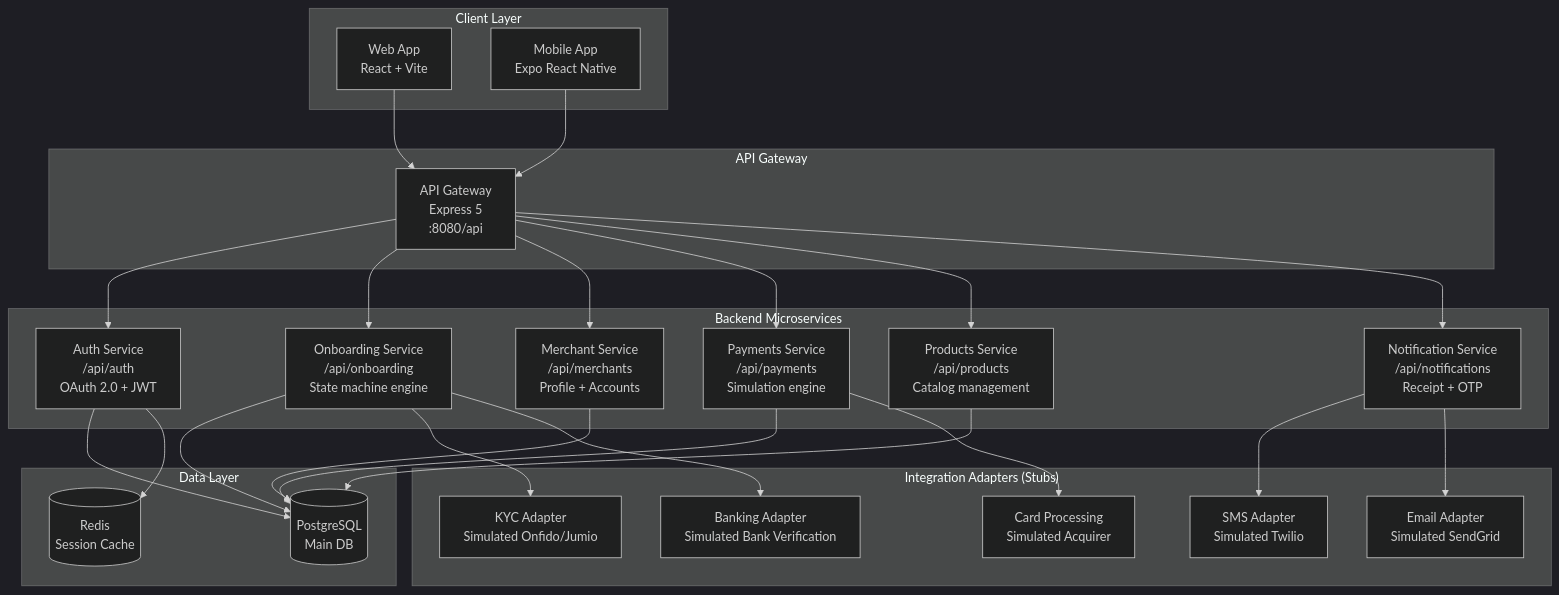
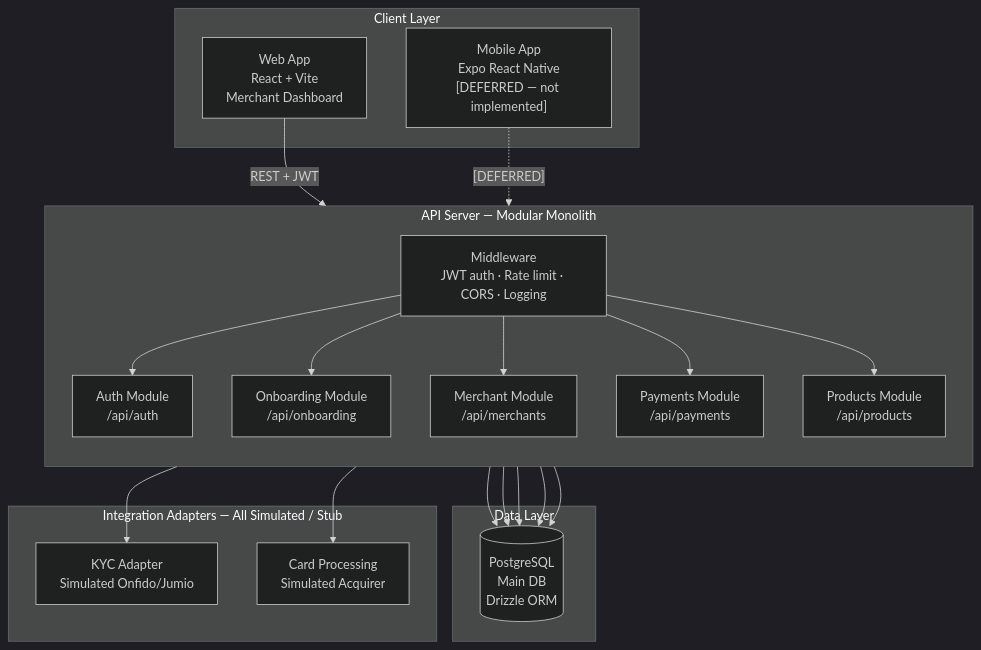
One commit to slavasolodkiy/SumUp changed the first of 4 diagrams in docs/architecture/architecture-diagram.md. Above: the diagram before and after it, drawn with Mermaid (dark theme). The commit also changed other lines of this file and 8 other files, not shown here.

````diff
--- a/docs/architecture/architecture-diagram.md
+++ b/docs/architecture/architecture-diagram.md
@@ -13,54 +15,42 @@
 ```mermaid
 graph TB
     subgraph "Client Layer"
-        WEB[Web App<br/>React + Vite]
-        MOB[Mobile App<br/>Expo React Native]
+        WEB[Web App<br/>React + Vite<br/>Merchant Dashboard]
+        MOB["Mobile App<br/>Expo React Native<br/>[DEFERRED — not implemented]"]
     end
 
-    subgraph "API Gateway"
-        GW[API Gateway<br/>Express 5<br/>:8080/api]
-    end
-
-    subgraph "Backend Microservices"
-        AUTH[Auth Service<br/>/api/auth<br/>OAuth 2.0 + JWT]
-        ONBOARD[Onboarding Service<br/>/api/onboarding<br/>State machine engine]
-        MERCHANT[Merchant Service<br/>/api/merchants<br/>Profile + Accounts]
-        PAYMENT[Payments Service<br/>/api/payments<br/>Simulation engine]
-        PRODUCTS[Products Service<br/>/api/products<br/>Catalog management]
-        NOTIFY[Notification Service<br/>/api/notifications<br/>Receipt + OTP]
+    subgraph "API Server — Modular Monolith"
+        direction TB
+        MW[Middleware<br/>JWT auth · Rate limit · CORS · Logging]
+        AUTH[Auth Module<br/>/api/auth]
+        ONBOARD[Onboarding Module<br/>/api/onboarding]
+        MERCHANT[Merchant Module<br/>/api/merchants]
+        PAYMENT[Payments Module<br/>/api/payments]
+        PRODUCTS[Products Module<br/>/api/products]
     end
 
     subgraph "Data Layer"
-        PG[(PostgreSQL<br/>Main DB)]
-        REDIS[(Redis<br/>Session Cache)]
+        PG[(PostgreSQL<br/>Main DB<br/>Drizzle ORM)]
     end
 
-    subgraph "Integration Adapters (Stubs)"
+    subgraph "Integration Adapters — All Simulated / Stub"
         KYC[KYC Adapter<br/>Simulated Onfido/Jumio]
         CARD[Card Processing<br/>Simulated Acquirer]
-        SMS[SMS Adapter<br/>Simulated Twilio]
-        EMAIL[Email Adapter<br/>Simulated SendGrid]
-        BANKING[Banking Adapter<br/>Simulated Bank Verification]
     end
 
-    WEB --> GW
-    MOB --> GW
-    GW --> AUTH
-    GW --> ONBOARD
-    GW --> MERCHANT
-    GW --> PAYMENT
-    GW --> PRODUCTS
-    GW --> NOTIFY
+    WEB -->|REST + JWT| MW
+    MOB -.->|"[DEFERRED]"| MW
+    MW --> AUTH
+    MW --> ONBOARD
+    MW --> MERCHANT
+    MW --> PAYMENT
+    MW --> PRODUCTS
 
     AUTH --> PG
-    AUTH --> REDIS
     ONBOARD --> PG
     ONBOARD --> KYC
     MERCHANT --> PG
     PAYMENT --> PG
     PAYMENT --> CARD
     PRODUCTS --> PG
-    NOTIFY --> SMS
-    NOTIFY --> EMAIL
-    ONBOARD --> BANKING
 ```
````
